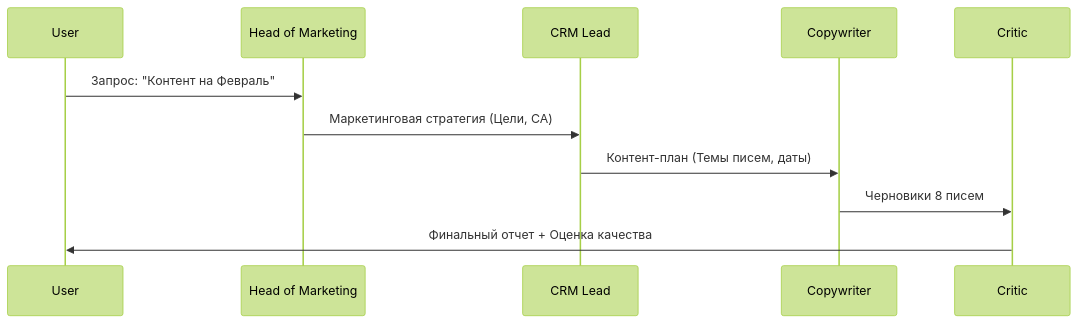
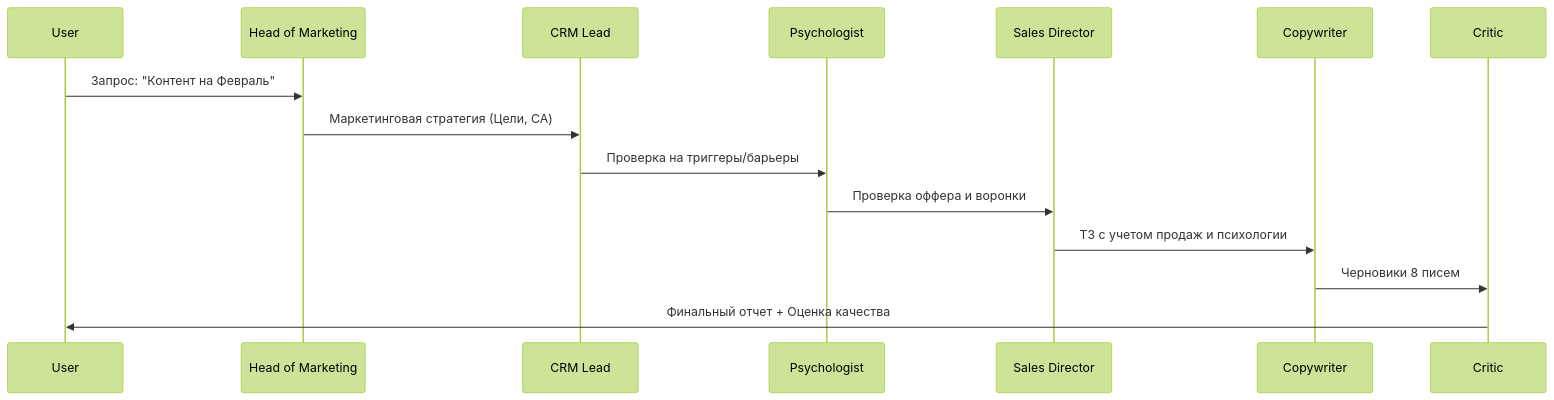
The diagram in Docs/Marketing_Roundtable/marketing_roundtable_system.md (tim-vid-cocnrete/AI-First-Work-with-companie), drawn with Mermaid (forest theme) before and after one commit. The commit also changed other lines of this file and 127 other files, not shown here.

````diff
--- a/Docs/Marketing_Roundtable/marketing_roundtable_system.md
+++ b/Docs/Marketing_Roundtable/marketing_roundtable_system.md
@@ -45,14 +58,18 @@
 ```mermaid
 sequenceDiagram
     participant User
     participant Strategy as Head of Marketing
     participant CRM as CRM Lead
+    participant Psycho as Psychologist
+    participant Sales as Sales Director
     participant Copy as Copywriter
     participant Review as Critic
 
     User->>Strategy: Запрос: "Контент на Февраль"
     Strategy->>CRM: Маркетинговая стратегия (Цели, CA)
-    CRM->>Copy: Контент-план (Темы писем, даты)
+    CRM->>Psycho: Проверка на триггеры/барьеры
+    Psycho->>Sales: Проверка оффера и воронки
+    Sales->>Copy: ТЗ с учетом продаж и психологии
     Copy->>Review: Черновики 8 писем
     Review->>User: Финальный отчет + Оценка качества
 ```
````
